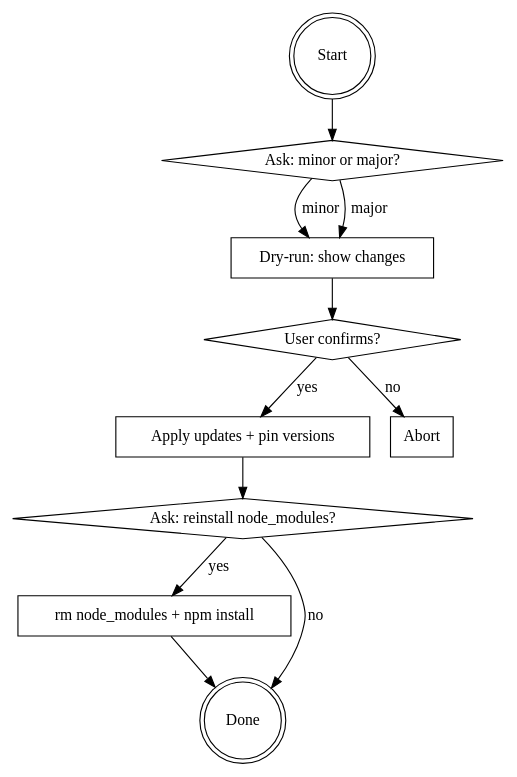
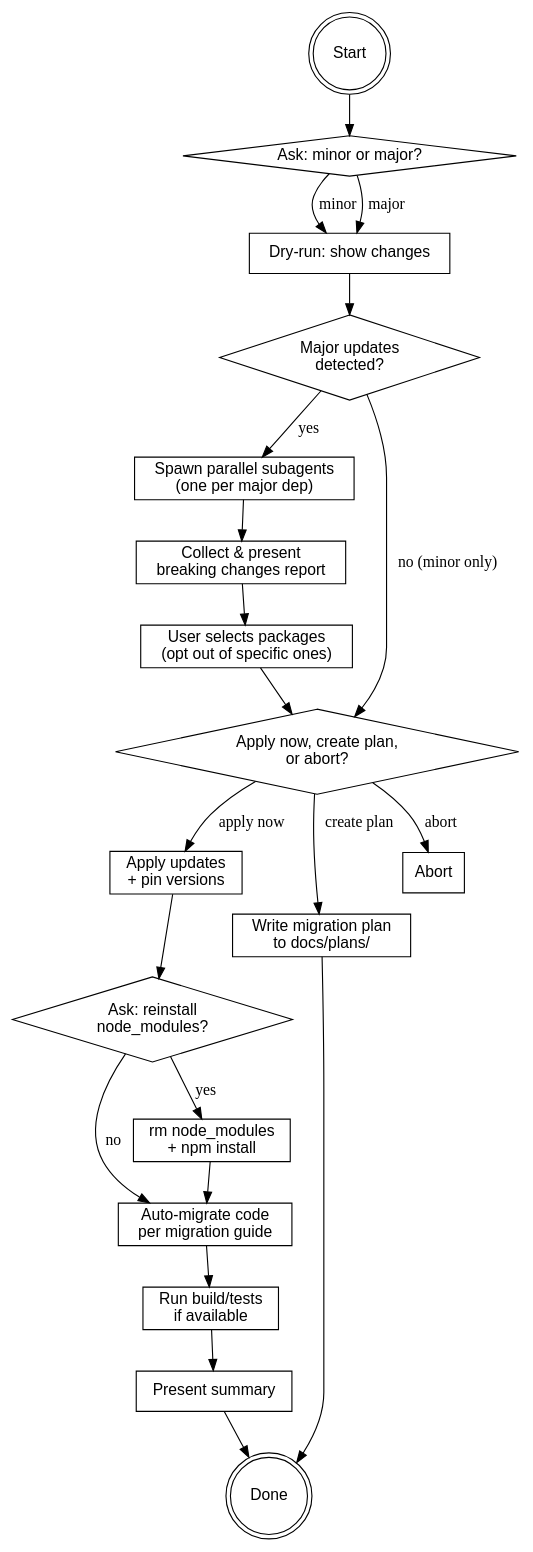
The diagram in skills/update-dependencies/SKILL.md (evelan-de/claude-code-plugins), drawn with Graphviz before and after one commit. The commit also changed other lines of this file and 3 other files, not shown here.

````diff
--- a/skills/update-dependencies/SKILL.md
+++ b/skills/update-dependencies/SKILL.md
@@ -12,24 +12,45 @@
 ```dot
 digraph update_flow {
-    "Start" [shape=doublecircle];
-    "Ask: minor or major?" [shape=diamond];
-    "Dry-run: show changes" [shape=box];
-    "User confirms?" [shape=diamond];
-    "Apply updates + pin versions" [shape=box];
-    "Ask: reinstall node_modules?" [shape=diamond];
-    "rm node_modules + npm install" [shape=box];
-    "Done" [shape=doublecircle];
-    "Abort" [shape=box];
+    rankdir=TB;
+    node [fontname="Helvetica"];
 
-    "Start" -> "Ask: minor or major?";
-    "Ask: minor or major?" -> "Dry-run: show changes" [label="minor"];
-    "Ask: minor or major?" -> "Dry-run: show changes" [label="major"];
-    "Dry-run: show changes" -> "User confirms?";
-    "User confirms?" -> "Apply updates + pin versions" [label="yes"];
-    "User confirms?" -> "Abort" [label="no"];
-    "Apply updates + pin versions" -> "Ask: reinstall node_modules?";
-    "Ask: reinstall node_modules?" -> "rm node_modules + npm install" [label="yes"];
-    "Ask: reinstall node_modules?" -> "Done" [label="no"];
-    "rm node_modules + npm install" -> "Done";
+    Start [shape=doublecircle];
+    AskLevel [label="Ask: minor or major?" shape=diamond];
+    DryRun [label="Dry-run: show changes" shape=box];
+    HasMajor [label="Major updates\ndetected?" shape=diamond];
+    SpawnAgents [label="Spawn parallel subagents\n(one per major dep)" shape=box];
+    CollectResults [label="Collect & present\nbreaking changes report" shape=box];
+    SelectPackages [label="User selects packages\n(opt out of specific ones)" shape=box];
+    AskAction [label="Apply now, create plan,\nor abort?" shape=diamond];
+    ApplyUpdates [label="Apply updates\n+ pin versions" shape=box];
+    AutoMigrate [label="Auto-migrate code\nper migration guide" shape=box];
+    WritePlan [label="Write migration plan\nto docs/plans/" shape=box];
+    AskReinstall [label="Ask: reinstall\nnode_modules?" shape=diamond];
+    Reinstall [label="rm node_modules\n+ npm install" shape=box];
+    RunTests [label="Run build/tests\nif available" shape=box];
+    Summary [label="Present summary" shape=box];
+    Done [shape=doublecircle];
+    Abort [shape=box];
+
+    Start -> AskLevel;
+    AskLevel -> DryRun [label="minor"];
+    AskLevel -> DryRun [label="major"];
+    DryRun -> HasMajor;
+    HasMajor -> SpawnAgents [label="yes"];
+    HasMajor -> AskAction [label="no (minor only)"];
+    SpawnAgents -> CollectResults;
+    CollectResults -> SelectPackages;
+    SelectPackages -> AskAction;
+    AskAction -> ApplyUpdates [label="apply now"];
+    AskAction -> WritePlan [label="create plan"];
+    AskAction -> Abort [label="abort"];
+    WritePlan -> Done;
+    ApplyUpdates -> AskReinstall;
+    AskReinstall -> Reinstall [label="yes"];
+    AskReinstall -> AutoMigrate [label="no"];
+    Reinstall -> AutoMigrate;
+    AutoMigrate -> RunTests;
+    RunTests -> Summary;
+    Summary -> Done;
 }
 ```
````
